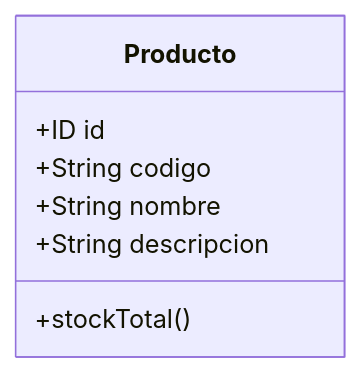
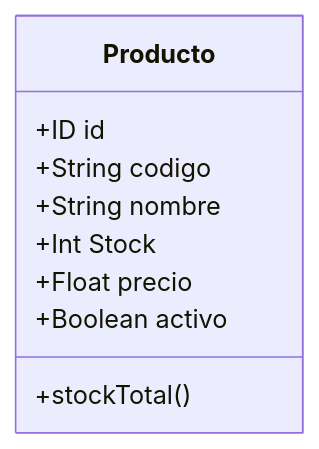
The fourth of 9 diagrams in Diagramas/Diagrama_Clases.md (jose6668/FarmaExpres-backend), drawn with Mermaid before and after one commit. The commit also changed other lines of this file and 6 other files, not shown here.

````diff
--- a/Diagramas/Diagrama_Clases.md
+++ b/Diagramas/Diagrama_Clases.md
@@ -54,10 +54,12 @@
 ```mermaid
 classDiagram
 class Producto {
   +ID id
   +String codigo
   +String nombre
-  +String descripcion
+  +Int Stock
+  +Float precio
+  +Boolean activo
   +stockTotal()
 }
 ```
````
